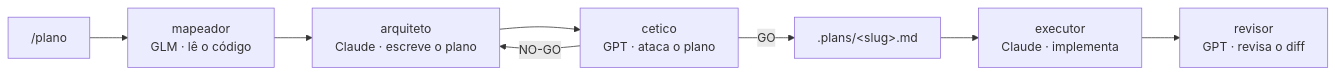
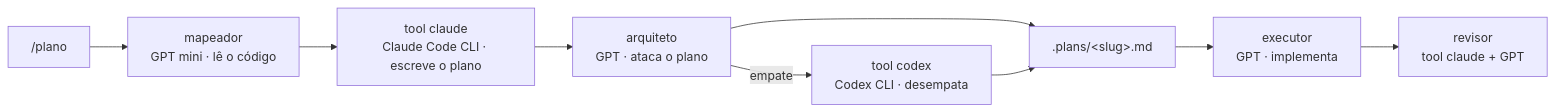
One commit to Nero-o/esteira changed the diagram in README.md. Above: the diagram before and after it, drawn with Mermaid. The commit also changed other lines of this file and 13 other files, not shown here.

First line of the commit message:
feat: Claude e Codex como ferramentas via CLI oficial, maestro em GPT

````diff
--- a/README.md
+++ b/README.md
@@ -22,10 +25,11 @@
 ```mermaid
 flowchart LR
-    A["/plano"] --> B["mapeador<br/>GLM · lê o código"]
-    B --> C["arquiteto<br/>Claude · escreve o plano"]
-    C --> D["cetico<br/>GPT · ataca o plano"]
-    D -->|NO-GO| C
-    D -->|GO| E[".plans/&lt;slug&gt;.md"]
-    E --> F["executor<br/>Claude · implementa"]
-    F --> G["revisor<br/>GPT · revisa o diff"]
+    A["/plano"] --> B["mapeador<br/>GPT mini · lê o código"]
+    B --> C["tool claude<br/>Claude Code CLI · escreve o plano"]
+    C --> D["arquiteto<br/>GPT · ataca o plano"]
+    D -->|empate| E["tool codex<br/>Codex CLI · desempata"]
+    D --> F[".plans/&lt;slug&gt;.md"]
+    E --> F
+    F --> G["executor<br/>GPT · implementa"]
+    G --> H["revisor<br/>tool claude + GPT"]
 ```
````
